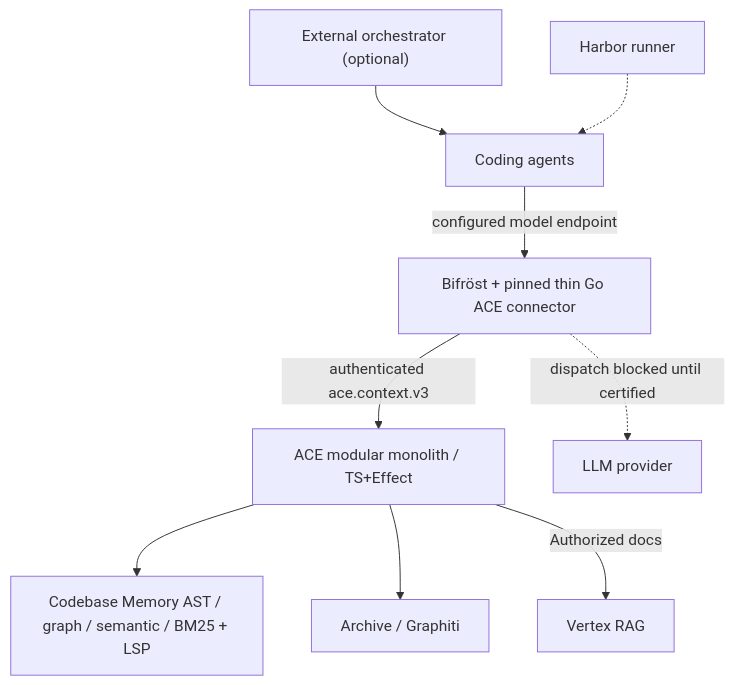
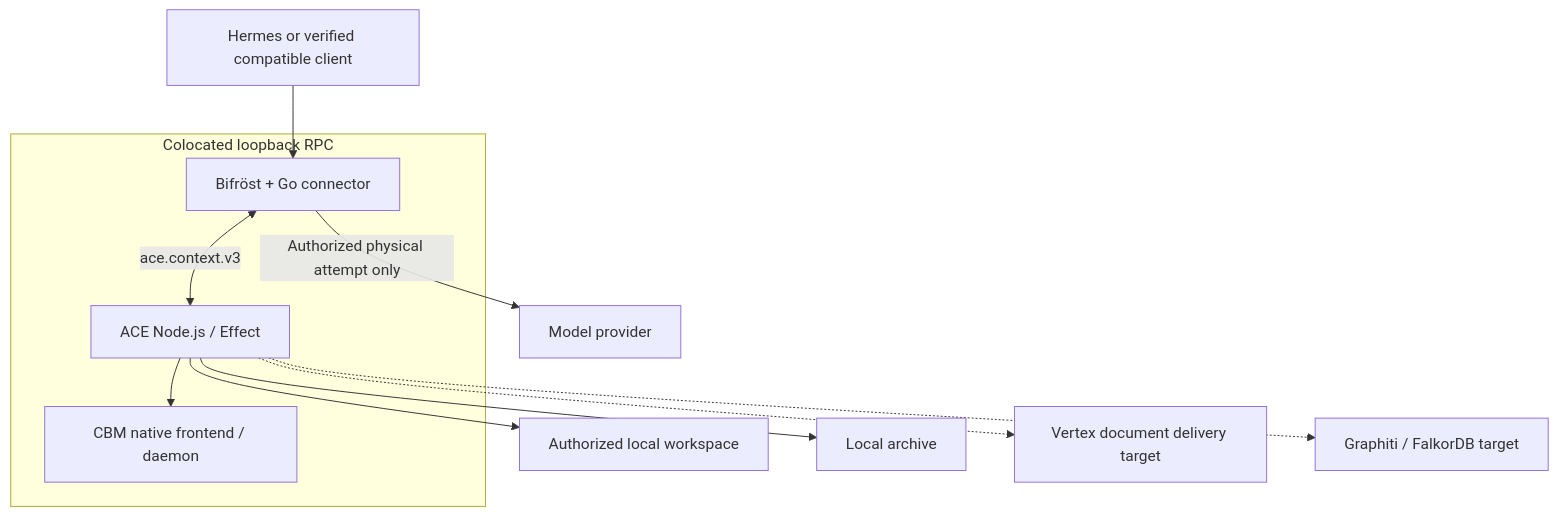
Before and after one commit to chris-madsen/Hybrid-RAG: the diagram in docs/architecture/05-contracts-and-deployment.md, drawn with Mermaid. The commit also changed other lines of this file and 37 other files, not shown here.

````diff
--- a/docs/architecture/05-contracts-and-deployment.md
+++ b/docs/architecture/05-contracts-and-deployment.md
@@ -118,11 +72,13 @@
 ```mermaid
 flowchart TB
-  LG["External orchestrator (optional)"] --> AG["Coding agents"]
-  AG -->|"configured model endpoint"| BF["Bifröst + pinned thin Go ACE connector"]
-  BF -->|"authenticated ace.context.v3"| ACE["ACE modular monolith / TS+Effect"]
-  BF -.->|"dispatch blocked until certified"| LLM["LLM provider"]
-  ACE --> T["Codebase Memory AST / graph / semantic / BM25 + LSP"]
-  ACE --> G["Archive / Graphiti"]
-  ACE -->|"Authorized docs"| V["Vertex RAG"]
-  H["Harbor runner"] -.-> AG
+  AG["Hermes or verified compatible client"] --> BF["Bifröst + Go connector"]
+  subgraph Local["Colocated loopback RPC"]
+    BF <-->|"ace.context.v3"| ACE["ACE Node.js / Effect"]
+    ACE --> CBM["CBM native frontend / daemon"]
+  end
+  ACE --> W["Authorized local workspace"]
+  ACE --> A["Local archive"]
+  ACE -.-> V["Vertex document delivery target"]
+  ACE -.-> G["Graphiti / FalkorDB target"]
+  BF -->|"Authorized physical attempt only"| P["Model provider"]
 ```
````
